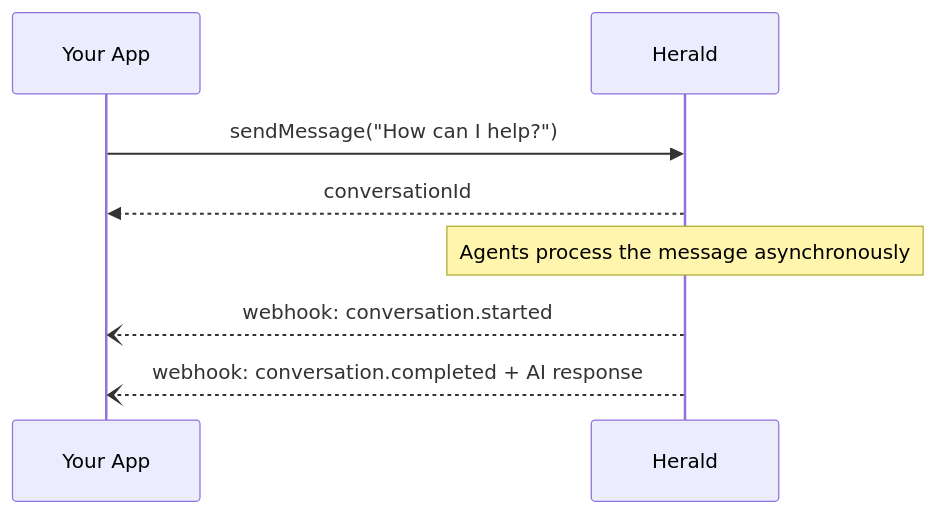
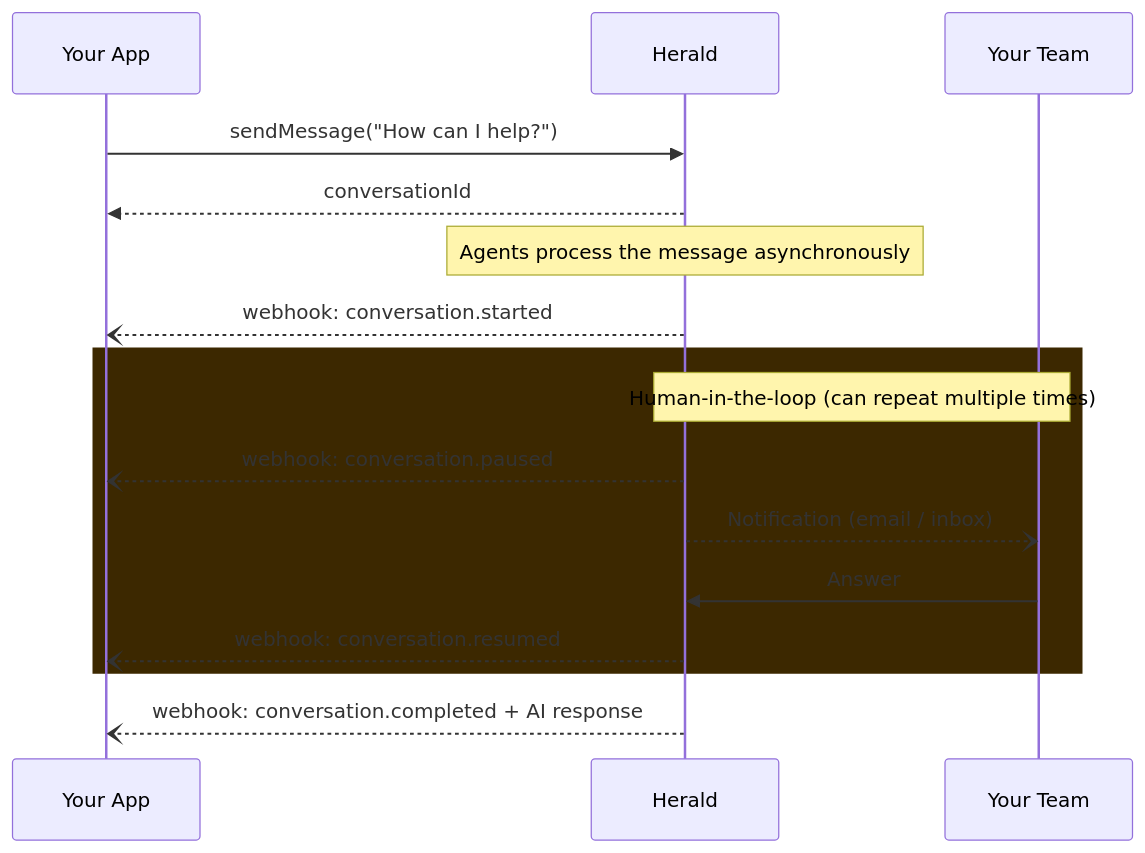
One commit to AD-Conculting-AI/herald-bundle changed the first of 2 diagrams in README.md. Above: the diagram before and after it, drawn with Mermaid. The commit also changed other lines of this file, not shown here.

Commit message:
docs: add HITL loop in diagrams — paused/resumed can repeat multiple times

````diff
--- a/README.md
+++ b/README.md
@@ -7,13 +7,23 @@
 ```mermaid
 sequenceDiagram
     participant App as Your App
     participant Herald
+    participant Team as Your Team
 
     App->>Herald: sendMessage("How can I help?")
     Herald-->>App: conversationId
 
     Note over Herald: Agents process the message asynchronously
 
     Herald--)App: webhook: conversation.started
+
+    rect rgb(60, 40, 0)
+        Note over Herald,Team: Human-in-the-loop (can repeat multiple times)
+        Herald--)App: webhook: conversation.paused
+        Herald--)Team: Notification (email / inbox)
+        Team->>Herald: Answer
+        Herald--)App: webhook: conversation.resumed
+    end
+
     Herald--)App: webhook: conversation.completed + AI response
 ```
````
